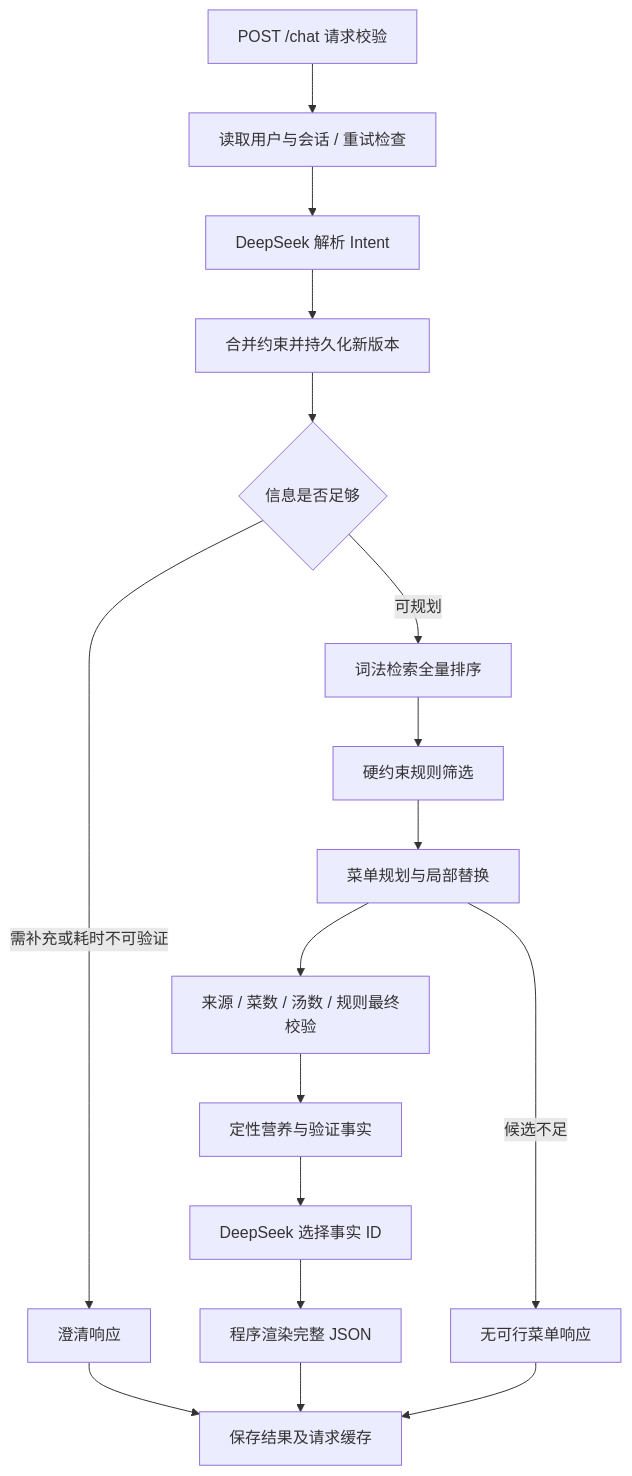
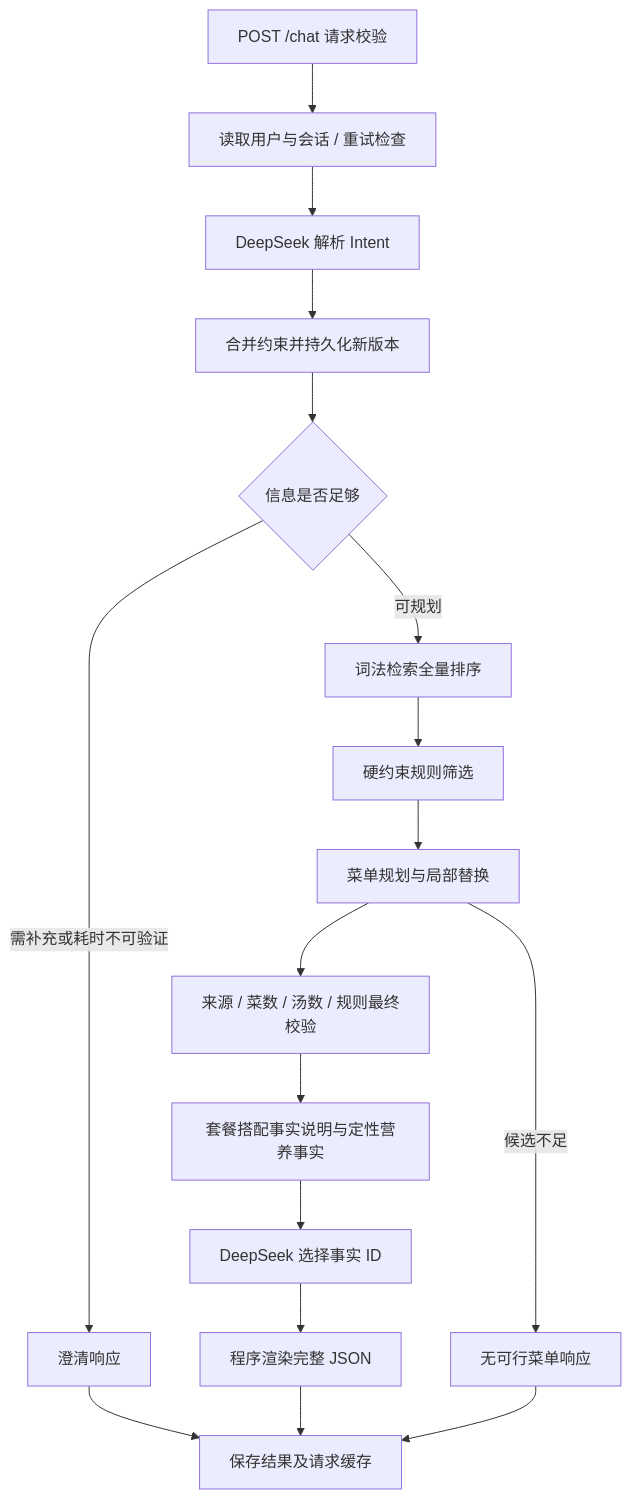
Before and after one commit to CoirRaincoat/DietAgent: the diagram in docs/ARCHITECTURE.md, drawn with Mermaid. The commit also changed other lines of this file and 9 other files, not shown here.

````diff
--- a/docs/ARCHITECTURE.md
+++ b/docs/ARCHITECTURE.md
@@ -7,19 +7,19 @@
 ```mermaid
 flowchart TD
     A[POST /chat 请求校验] --> B[读取用户与会话 / 重试检查]
     B --> C[DeepSeek 解析 Intent]
     C --> D[合并约束并持久化新版本]
     D --> E{信息是否足够}
     E -->|需补充或耗时不可验证| F[澄清响应]
     E -->|可规划| G[词法检索全量排序]
     G --> H[硬约束规则筛选]
     H --> I[菜单规划与局部替换]
     I --> J[来源 / 菜数 / 汤数 / 规则最终校验]
-    J --> K[定性营养与验证事实]
+    J --> K[套餐搭配事实说明与定性营养事实]
     K --> L[DeepSeek 选择事实 ID]
     L --> M[程序渲染完整 JSON]
     F --> N[保存结果及请求缓存]
     M --> N
     I -->|候选不足| O[无可行菜单响应]
     O --> N
 ```
````
